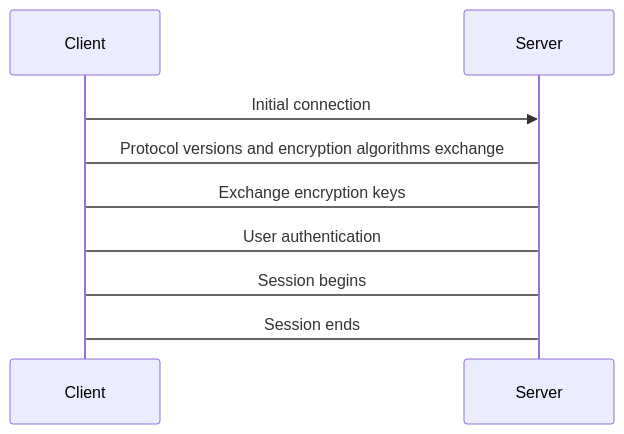
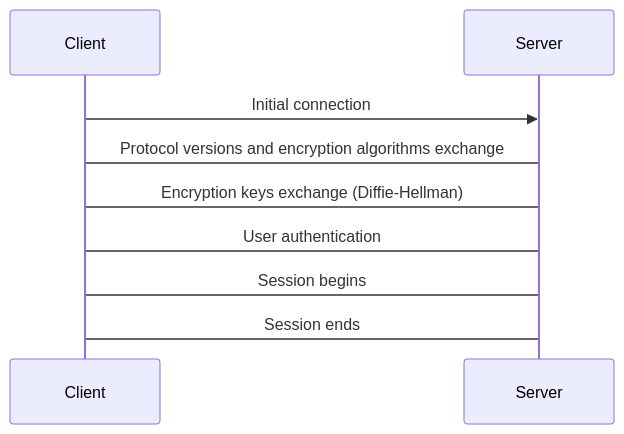
The first of 2 diagrams in slides.md (caarlos0/gophercon-2025), drawn with Mermaid before and after one commit. The commit also changed other lines of this file and 3 other files, not shown here.

````diff
--- a/slides.md
+++ b/slides.md
@@ -314,9 +300,9 @@
 ```mermaid
 sequenceDiagram
     Client->>Server: Initial connection
     Server->Client: Protocol versions and encryption algorithms exchange
-    Server->Client: Exchange encryption keys
+    Server->Client: Encryption keys exchange (Diffie-Hellman)
     Server->Client: User authentication
     Server->Client: Session begins
     Server->Client: Session ends
 ```
````
